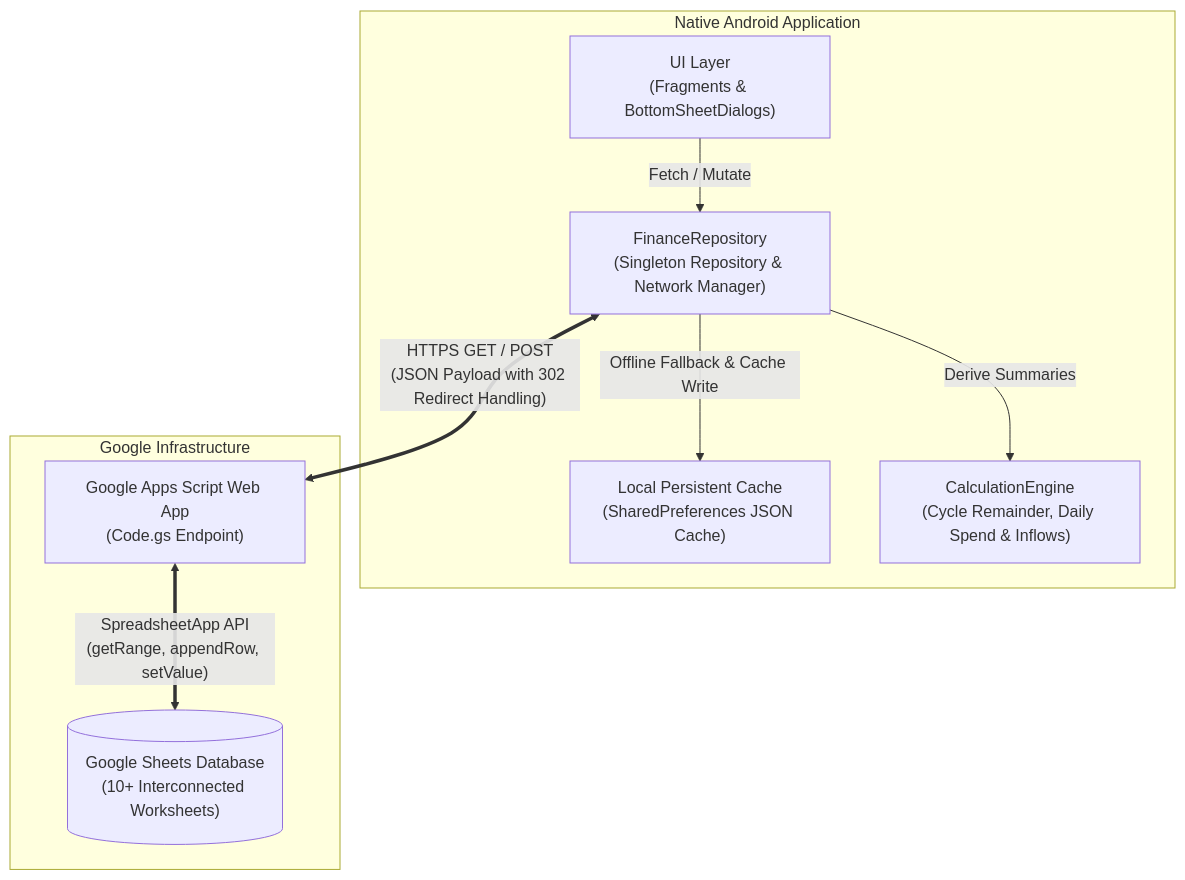
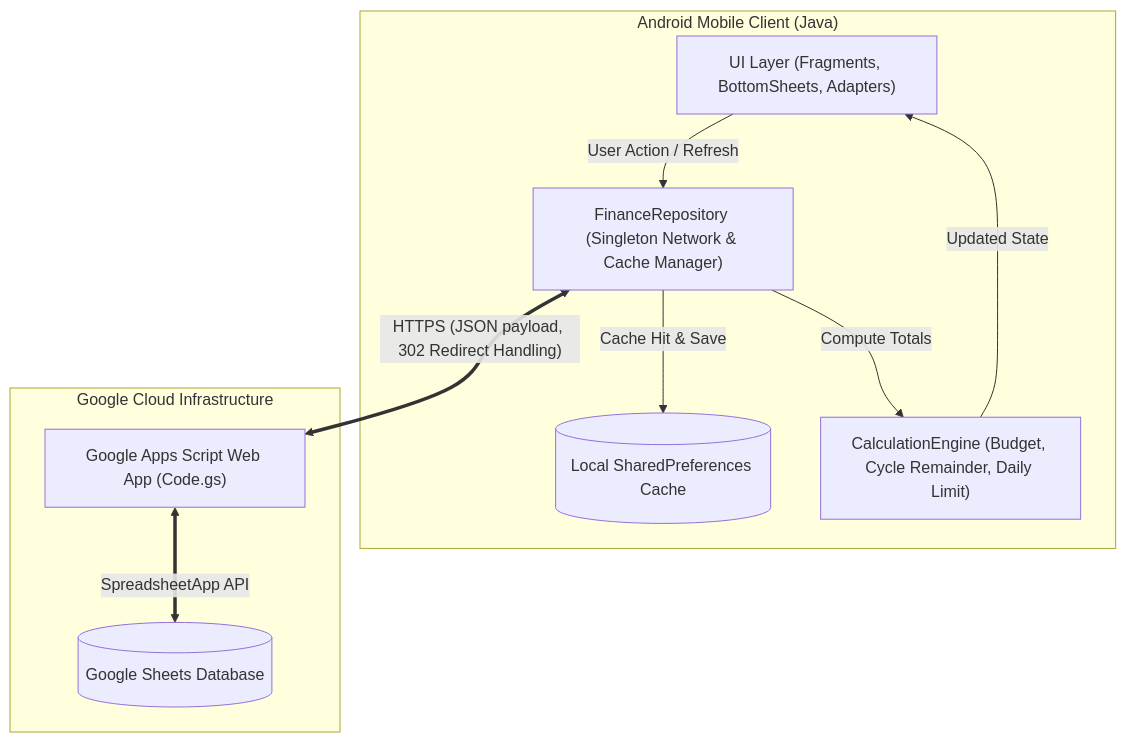
Before and after one commit to sayan05052000/Finance-Manager: the first of 2 diagrams in README.md, drawn with Mermaid. The commit also changed other lines of this file, not shown here.

Commit message:
docs: update README with comprehensive architecture, domain considerations, and debugging guide

````diff
--- a/README.md
+++ b/README.md
@@ -28,21 +133,22 @@
 ```mermaid
 flowchart TD
-    subgraph Android["Native Android Application"]
-        UI["UI Layer\n(Fragments & BottomSheetDialogs)"]
-        Repo["FinanceRepository\n(Singleton Repository & Network Manager)"]
-        Cache["Local Persistent Cache\n(SharedPreferences JSON Cache)"]
-        Calc["CalculationEngine\n(Cycle Remainder, Daily Spend & Inflows)"]
-        
-        UI -->|Fetch / Mutate| Repo
-        Repo -->|Offline Fallback & Cache Write| Cache
-        Repo -->|Derive Summaries| Calc
+    subgraph MobileApp["Android Mobile Client (Java)"]
+        UI["UI Layer (Fragments, BottomSheets, Adapters)"]
+        Repo["FinanceRepository (Singleton Network & Cache Manager)"]
+        Cache[("Local SharedPreferences Cache")]
+        Engine["CalculationEngine (Budget, Cycle Remainder, Daily Limit)"]
+
+        UI -->|User Action / Refresh| Repo
+        Repo -->|Cache Hit & Save| Cache
+        Repo -->|Compute Totals| Engine
+        Engine -->|Updated State| UI
     end
 
-    subgraph Cloud["Google Infrastructure"]
-        GAS["Google Apps Script Web App\n(Code.gs Endpoint)"]
-        Sheet[("Google Sheets Database\n(10+ Interconnected Worksheets)")]
-        
-        Repo <==>|"HTTPS GET / POST\n(JSON Payload with 302 Redirect Handling)"| GAS
-        GAS <==>|"SpreadsheetApp API\n(getRange, appendRow, setValue)"| Sheet
+    subgraph Backend["Google Cloud Infrastructure"]
+        GAS["Google Apps Script Web App (Code.gs)"]
+        Sheet[("Google Sheets Database")]
+
+        Repo <==>|"HTTPS (JSON payload, 302 Redirect Handling)"| GAS
+        GAS <==>|"SpreadsheetApp API"| Sheet
     end
 ```
````
